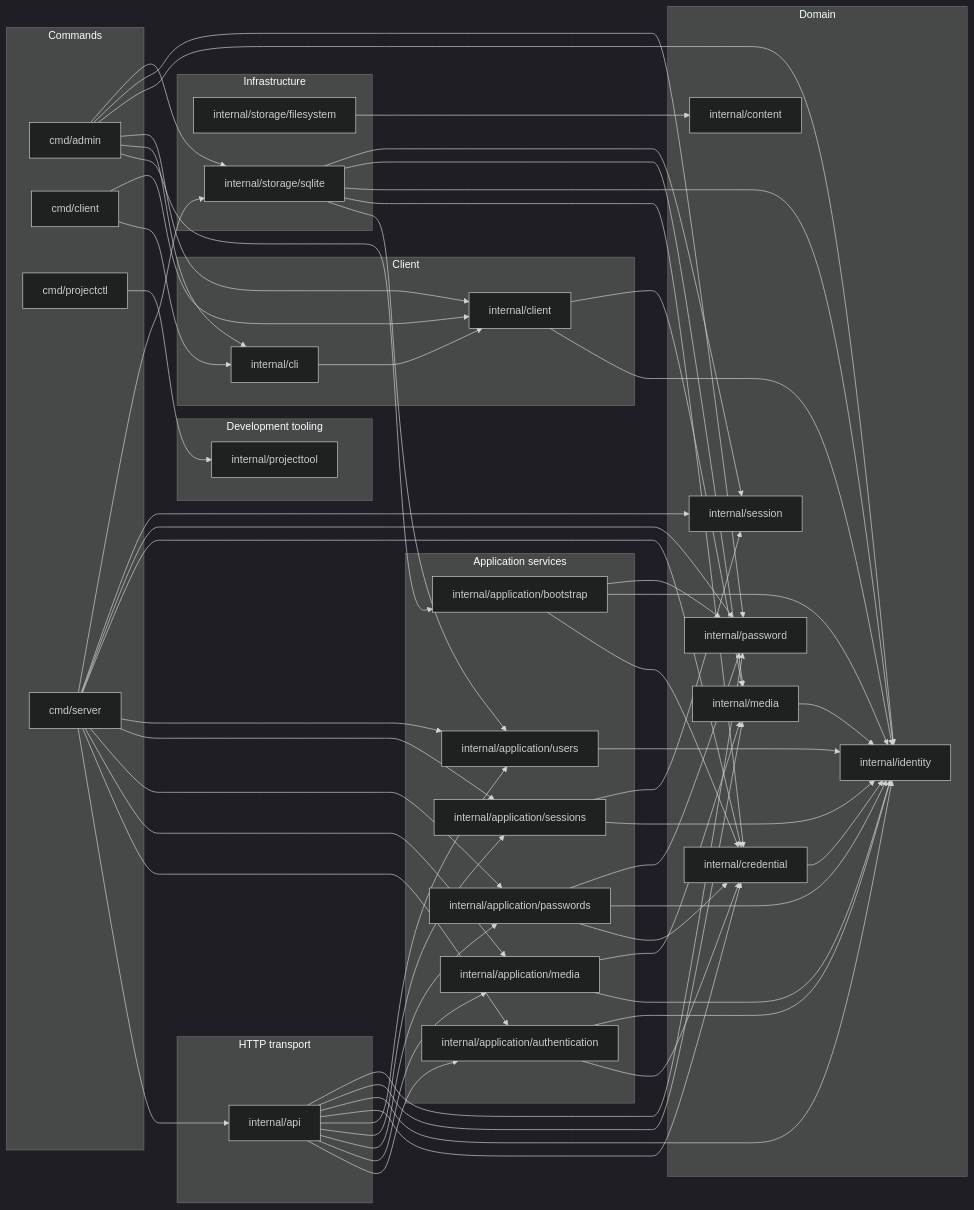
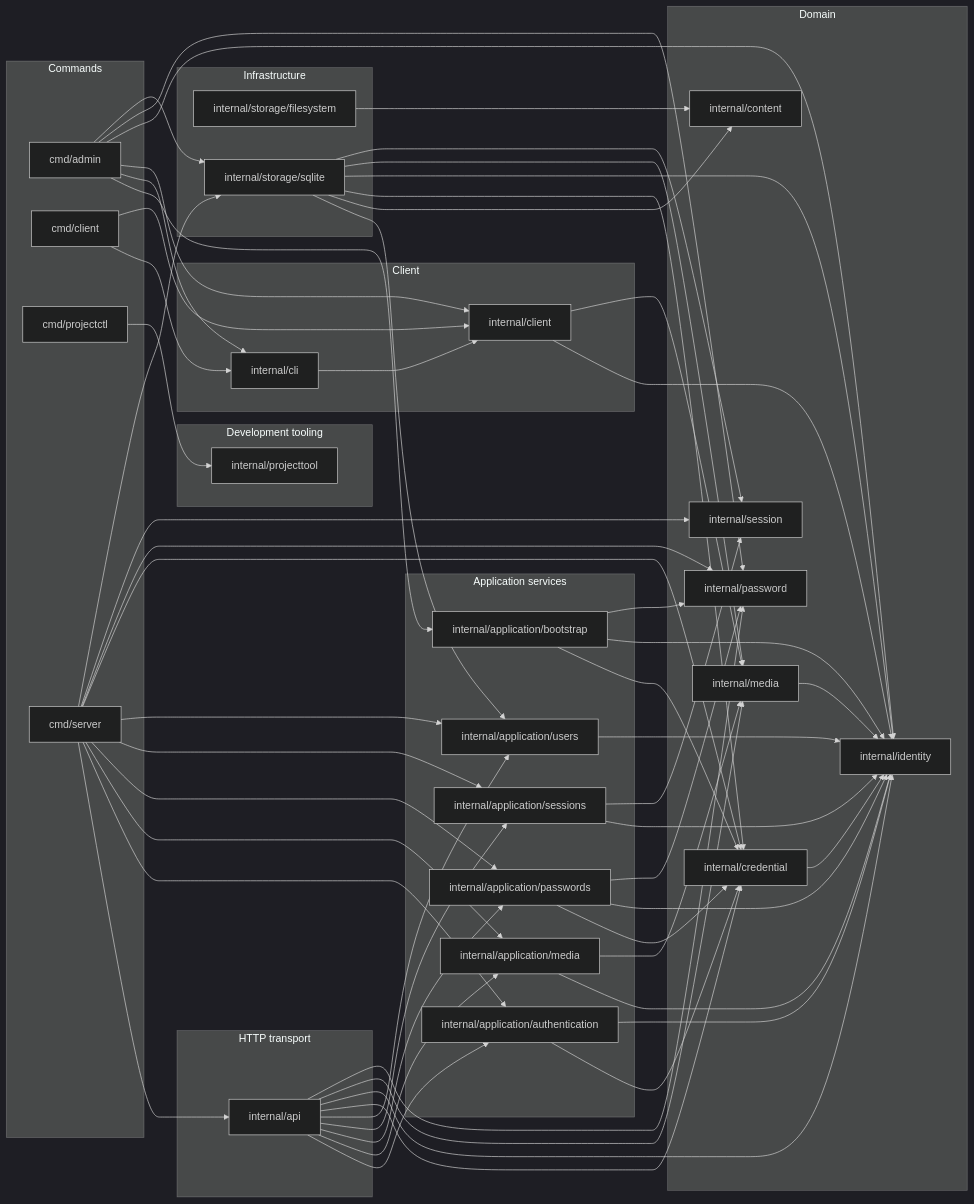
The diagram in docs/architecture.md (ebe542/go-mediaarchive), drawn with Mermaid (dark theme) before and after one commit. The commit also changed 9 other files, not shown here.

```diff
--- a/docs/architecture.md
+++ b/docs/architecture.md
@@ -104,6 +104,7 @@
   package16 --> package15
   package20 --> package13
   package21 --> package10
+  package21 --> package13
   package21 --> package14
   package21 --> package15
   package21 --> package16
```
